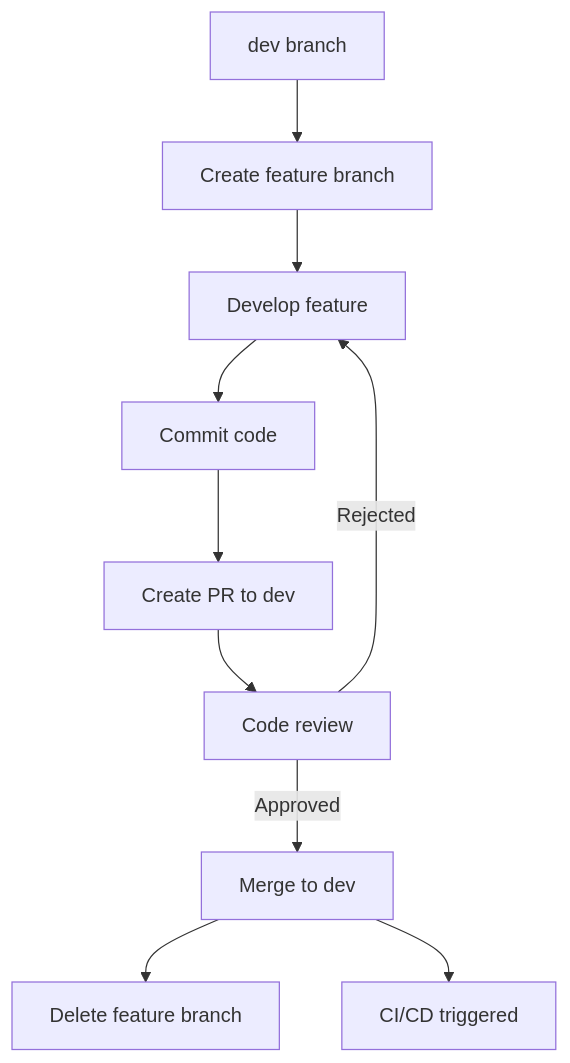
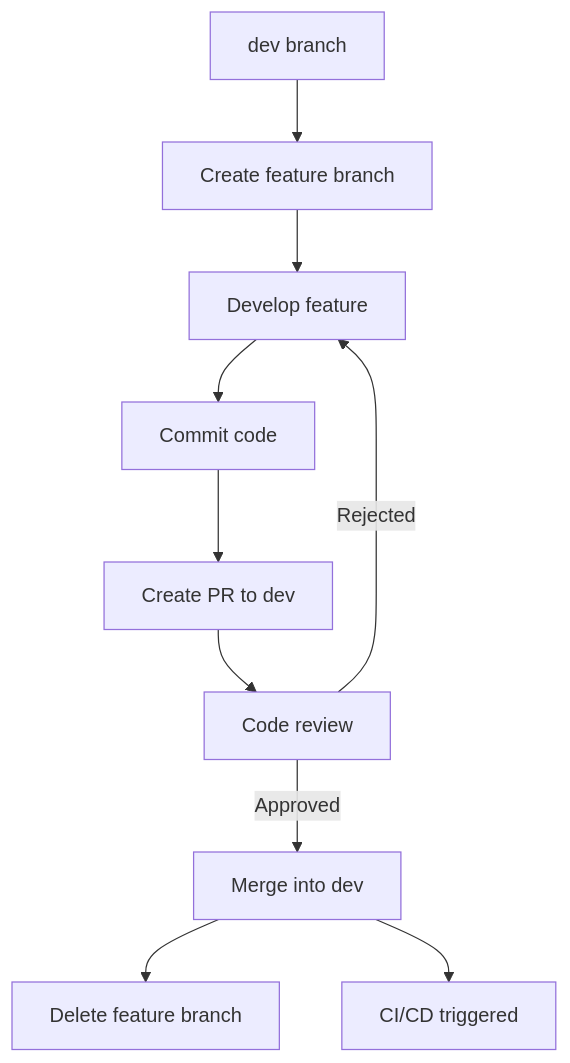
The first of 3 diagrams in docs/src/en/dev/branch-maintenance-guide.md (ChenXu233/YaoXiang), drawn with Mermaid before and after one commit. The commit also changed other lines of this file and 142 other files, not shown here.

````diff
--- a/docs/src/en/dev/branch-maintenance-guide.md
+++ b/docs/src/en/dev/branch-maintenance-guide.md
@@ -152,12 +153,12 @@
 ```mermaid
 graph TD
     A[dev branch] --> B[Create feature branch]
     B --> C[Develop feature]
     C --> D[Commit code]
     D --> E[Create PR to dev]
     E --> F[Code review]
-    F -->|Approved| G[Merge to dev]
+    F -->|Approved| G[Merge into dev]
     F -->|Rejected| C
     G --> H[Delete feature branch]
     G --> I[CI/CD triggered]
 ```
````
